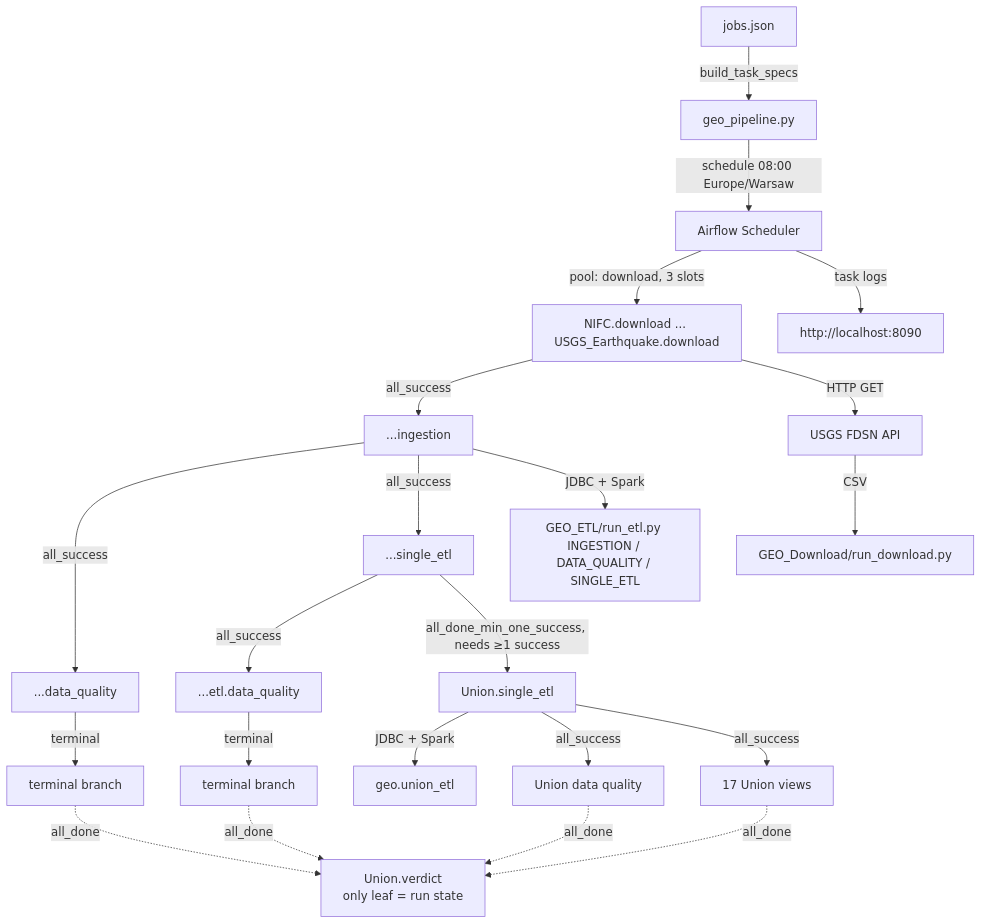
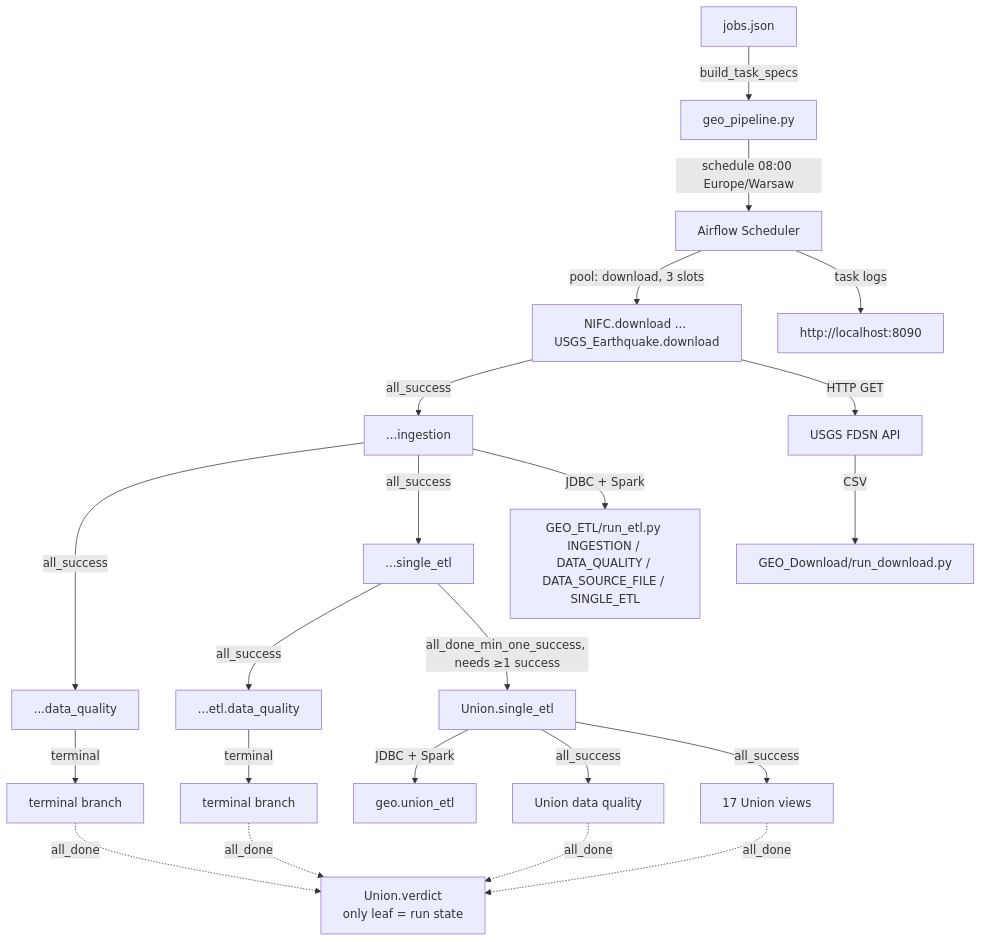
One commit to kaluzny1995/GEO_E2E changed the diagram in README.md. Above: the diagram before and after it, drawn with Mermaid. The commit also changed other lines of this file and 12 other files, not shown here.

Commit message:
Data source files (job setup + docs)

````diff
--- a/README.md
+++ b/README.md
@@ -41,24 +41,24 @@
 ```mermaid
 flowchart TD
     A[jobs.json] -->|build_task_specs| B[geo_pipeline.py]
     B -->|schedule 08:00 Europe/Warsaw| C[Airflow Scheduler]
     C -->|pool: download, 3 slots| D[NIFC.download ... USGS_Earthquake.download]
     D -->|all_success| E[...ingestion]
     E -->|all_success| F[...data_quality]
     E -->|all_success| G[...single_etl]
     G -->|all_success| H[...etl.data_quality]
     F -->|terminal| F2[terminal branch]
     G -->|all_done_min_one_success, needs ≥1 success| U[Union.single_etl]
     H -->|terminal| H2[terminal branch]
     D -->|HTTP GET| I[USGS FDSN API]
     I -->|CSV| J[GEO_Download/run_download.py]
-    E -->|JDBC + Spark| K[GEO_ETL/run_etl.py INGESTION / DATA_QUALITY / SINGLE_ETL]
+    E -->|JDBC + Spark| K[GEO_ETL/run_etl.py INGESTION / DATA_QUALITY / DATA_SOURCE_FILE / SINGLE_ETL]
     U -->|JDBC + Spark| L[geo.union_etl]
     U -->|all_success| UQ[Union data quality]
     U -->|all_success| UV[17 Union views]
     UQ -.->|all_done| V[Union.verdict<br/>only leaf = run state]
     UV -.->|all_done| V
     F2 -.->|all_done| V
     H2 -.->|all_done| V
     C -->|task logs| M[http://localhost:8090]
 ```
````
